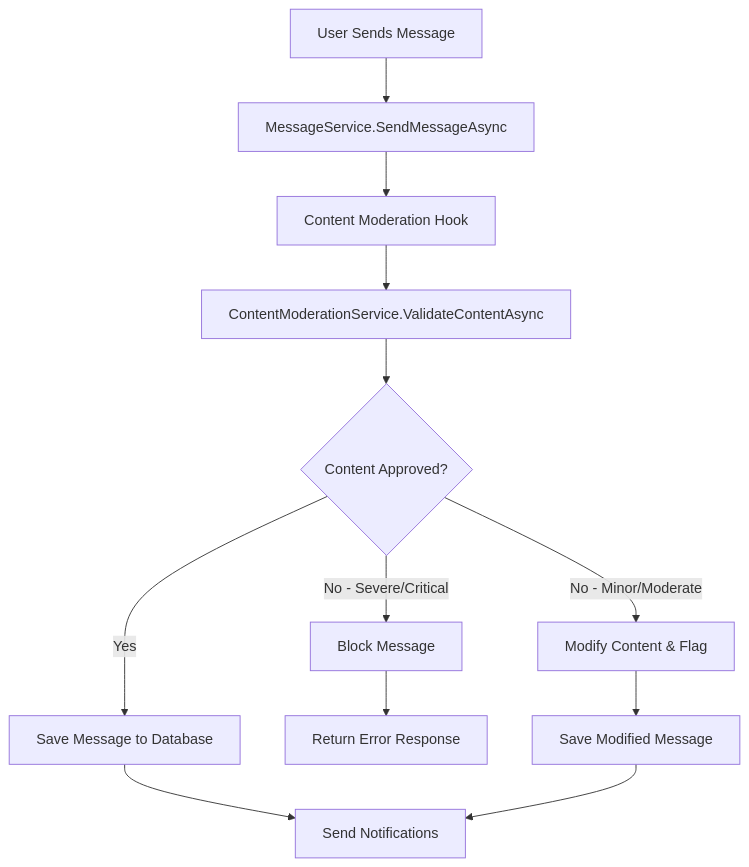
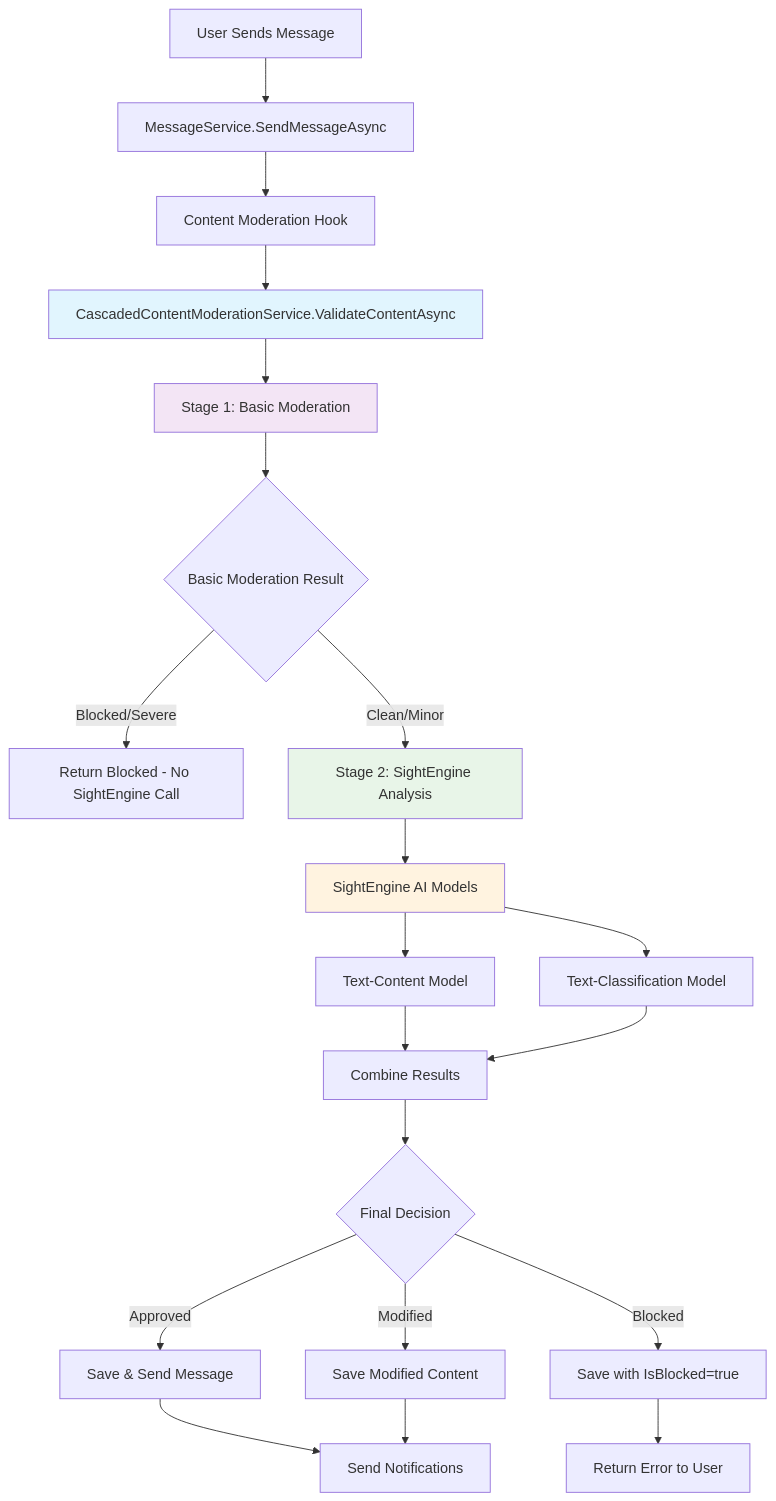
Before and after one commit to nickprotop/NeighborTools: the diagram in MESSAGING_MODERATION_WORKFLOW.md, drawn with Mermaid. The commit also changed other lines of this file and 19 other files, not shown here.

First line of the commit message:
Implement content moderation service with cascaded checks and SightEngine integration

````diff
--- a/MESSAGING_MODERATION_WORKFLOW.md
+++ b/MESSAGING_MODERATION_WORKFLOW.md
@@ -32,14 +32,27 @@
 ```mermaid
 graph TD
     A[User Sends Message] --> B[MessageService.SendMessageAsync]
     B --> C[Content Moderation Hook]
-    C --> D[ContentModerationService.ValidateContentAsync]
-    D --> E{Content Approved?}
-    E -->|Yes| F[Save Message to Database]
-    E -->|No - Severe/Critical| G[Block Message]
-    E -->|No - Minor/Moderate| H[Modify Content & Flag]
-    F --> I[Send Notifications]
-    G --> J[Return Error Response]
-    H --> K[Save Modified Message]
-    K --> I
+    C --> D[CascadedContentModerationService.ValidateContentAsync]
+    D --> E[Stage 1: Basic Moderation]
+    E --> F{Basic Moderation Result}
+    F -->|Blocked/Severe| G[Return Blocked - No SightEngine Call]
+    F -->|Clean/Minor| H[Stage 2: SightEngine Analysis]
+    H --> I[SightEngine AI Models]
+    I --> J[Text-Content Model]
+    I --> K[Text-Classification Model]
+    J --> L[Combine Results]
+    K --> L
+    L --> M{Final Decision}
+    M -->|Approved| N[Save & Send Message]
+    M -->|Blocked| O[Save with IsBlocked=true]
+    M -->|Modified| P[Save Modified Content]
+    O --> Q[Return Error to User]
+    N --> R[Send Notifications]
+    P --> R
+    
+    style D fill:#e1f5fe
+    style E fill:#f3e5f5
+    style H fill:#e8f5e8
+    style I fill:#fff3e0
 ```
````
